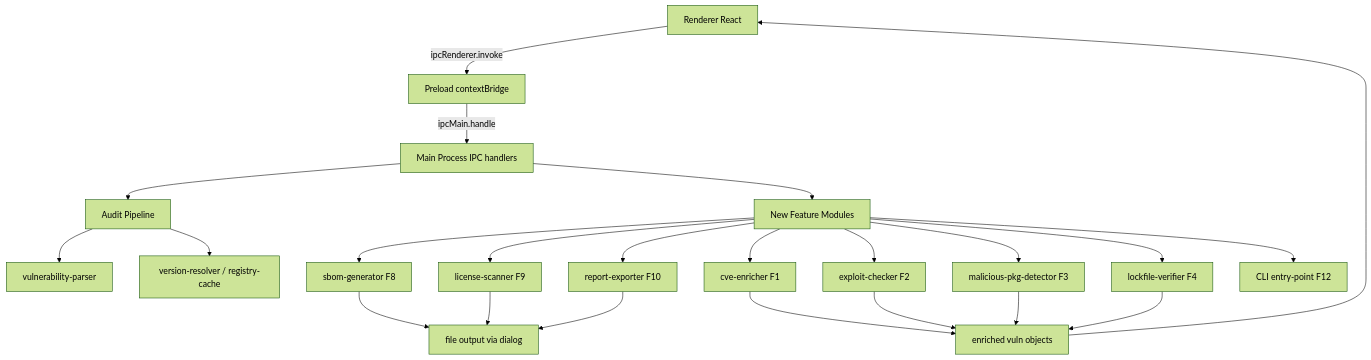
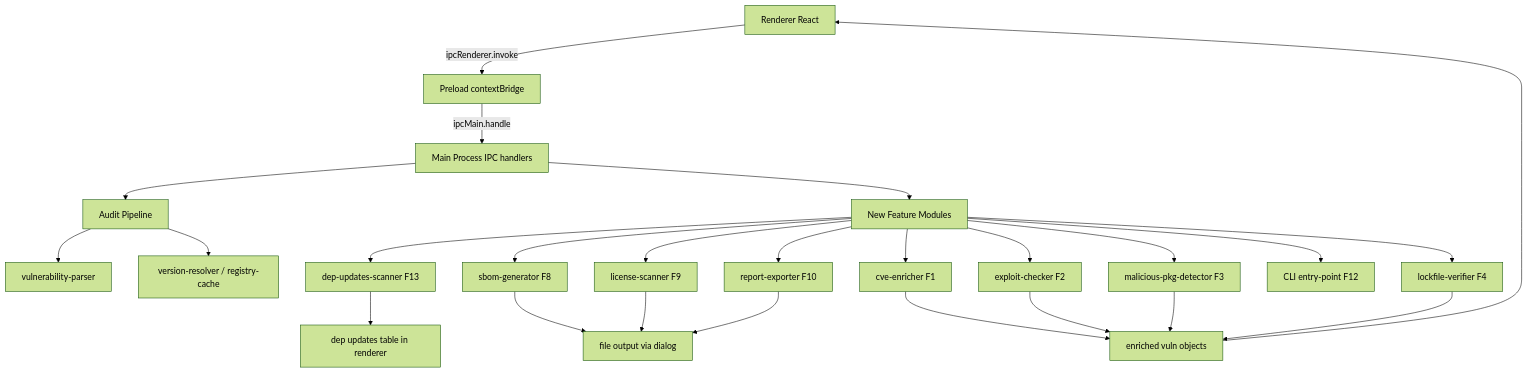
Before and after one commit to carlosgalveias/vulnsweep: the diagram in plans/features-implementation-plan.md, drawn with Mermaid (forest theme). The commit also changed other lines of this file and 4 other files, not shown here.

````diff
--- a/plans/features-implementation-plan.md
+++ b/plans/features-implementation-plan.md
@@ -37,20 +38,22 @@
 ```mermaid
 flowchart TD
     A[Renderer React] -->|ipcRenderer.invoke| B[Preload contextBridge]
     B -->|ipcMain.handle| C[Main Process IPC handlers]
     C --> D[Audit Pipeline]
     C --> E[New Feature Modules]
     D --> F[vulnerability-parser]
     D --> G[version-resolver / registry-cache]
     E --> H[cve-enricher F1]
     E --> I[exploit-checker F2]
     E --> J[malicious-pkg-detector F3]
     E --> K[lockfile-verifier F4]
     E --> L[sbom-generator F8]
     E --> M[license-scanner F9]
     E --> N[report-exporter F10]
     E --> O[CLI entry-point F12]
-    H & I & J & K --> P[enriched vuln objects]
-    P --> A
-    L & M & N --> Q[file output via dialog]
+    E --> P[dep-updates-scanner F13]
+    H & I & J & K --> Q[enriched vuln objects]
+    Q --> A
+    L & M & N --> R[file output via dialog]
+    P --> S[dep updates table in renderer]
 ```
````
